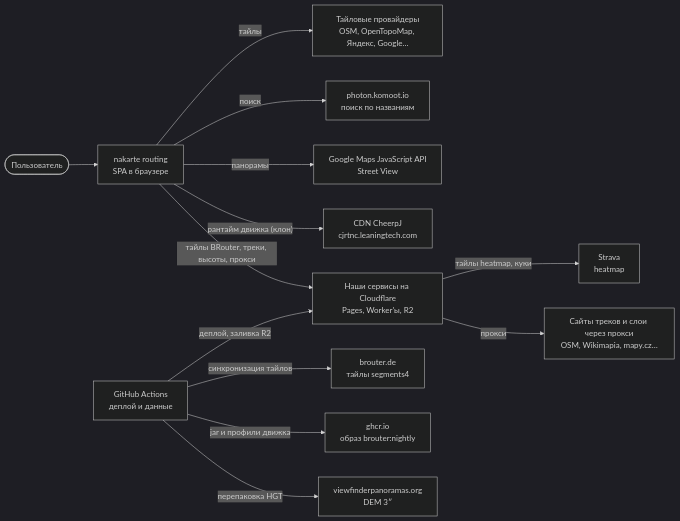
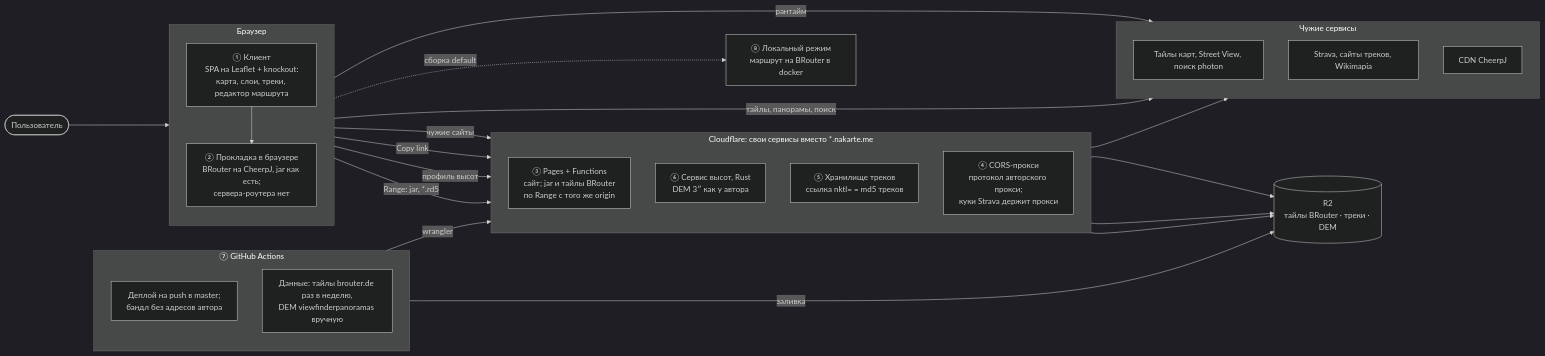
One commit to sergeycw/nakarte changed the first of 3 diagrams in docs/architecture/README.md. Above: the diagram before and after it, drawn with Mermaid (dark theme). The commit also changed other lines of this file and 8 other files, not shown here.

First line of the commit message:
add top-level architecture diagram with key decisions

````diff
--- a/docs/architecture/README.md
+++ b/docs/architecture/README.md
@@ -79,30 +11,51 @@
 ```mermaid
 flowchart LR
     user(["Пользователь"])
-    app["nakarte routing<br/>SPA в браузере"]
-    cf["Наши сервисы на Cloudflare<br/>Pages, Worker'ы, R2"]
-    gha["GitHub Actions<br/>деплой и данные"]
 
-    tiles["Тайловые провайдеры<br/>OSM, OpenTopoMap, Яндекс, Google…"]
-    photon["photon.komoot.io<br/>поиск по названиям"]
-    google["Google Maps JavaScript API<br/>Street View"]
-    cheerpj["CDN CheerpJ<br/>cjrtnc.leaningtech.com"]
-    strava["Strava<br/>heatmap"]
-    sites["Сайты треков и слои через прокси<br/>OSM, Wikimapia, mapy.cz…"]
-    brouterde["brouter.de<br/>тайлы segments4"]
-    ghcr["ghcr.io<br/>образ brouter:nightly"]
-    vfp["viewfinderpanoramas.org<br/>DEM 3″"]
+    subgraph browser["Браузер"]
+        direction TB
+        ui["① Клиент<br/>SPA на Leaflet + knockout:<br/>карта, слои, треки, редактор маршрута"]
+        engine["② Прокладка в браузере<br/>BRouter на CheerpJ, jar как есть;<br/>сервера-роутера нет"]
+    end
 
-    user --> app
-    app -->|"тайлы"| tiles
-    app -->|"поиск"| photon
-    app -->|"панорамы"| google
-    app -->|"рантайм движка (клон)"| cheerpj
-    app -->|"тайлы BRouter, треки, высоты, прокси"| cf
-    cf -->|"тайлы heatmap, куки"| strava
-    cf -->|"прокси"| sites
-    gha -->|"деплой, заливка R2"| cf
-    gha -->|"синхронизация тайлов"| brouterde
-    gha -->|"jar и профили движка"| ghcr
-    gha -->|"перепаковка HGT"| vfp
+    subgraph cf["Cloudflare: свои сервисы вместо *.nakarte.me"]
+        direction TB
+        pages["③ Pages + Functions<br/>сайт; jar и тайлы BRouter<br/>по Range с того же origin"]
+        elev["⑥ Сервис высот, Rust<br/>DEM 3″ как у автора"]
+        tracks["⑤ Хранилище треков<br/>ссылка nktl= = md5 треков"]
+        proxy["④ CORS-прокси<br/>протокол авторского прокси;<br/>куки Strava держит прокси"]
+    end
+
+    r2[("R2<br/>тайлы BRouter · треки · DEM")]
+
+    subgraph gha["⑦ GitHub Actions"]
+        direction TB
+        deploy["Деплой на push в master;<br/>бандл без адресов автора"]
+        data["Данные: тайлы brouter.de раз в неделю,<br/>DEM viewfinderpanoramas вручную"]
+    end
+
+    subgraph ext["Чужие сервисы"]
+        direction TB
+        maps["Тайлы карт, Street View, поиск photon"]
+        sites["Strava, сайты треков, Wikimapia"]
+        cdn["CDN CheerpJ"]
+    end
+
+    local["⑧ Локальный режим<br/>маршрут на BRouter в docker"]
+
+    user --> ui
+    ui --> engine
+    engine -->|"Range: jar, *.rd5"| pages
+    ui -->|"профиль высот"| elev
+    ui -->|"Copy link"| tracks
+    ui -->|"чужие сайты"| proxy
+    pages --> r2
+    elev --> r2
+    tracks --> r2
+    deploy -->|"wrangler"| cf
+    data -->|"заливка"| r2
+    ui -->|"тайлы, панорамы, поиск"| maps
+    proxy --> sites
+    engine -->|"рантайм"| cdn
+    ui -.->|"сборка default"| local
 ```
````
